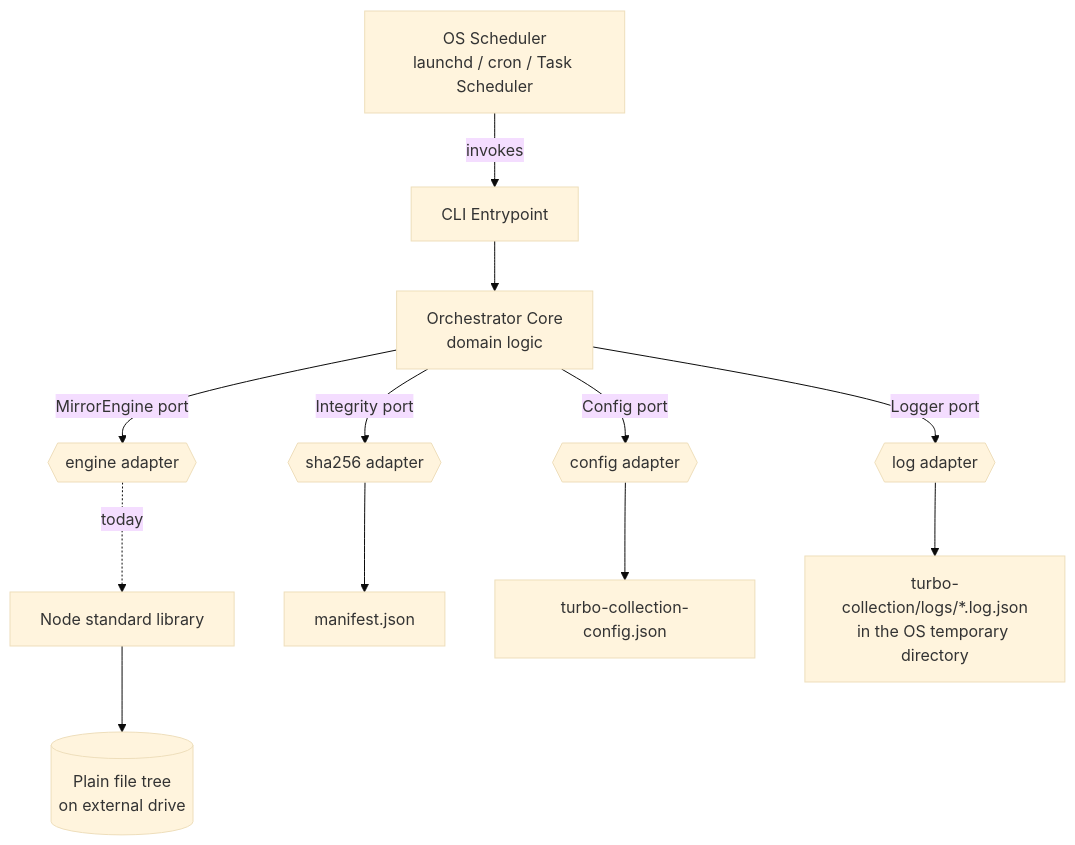
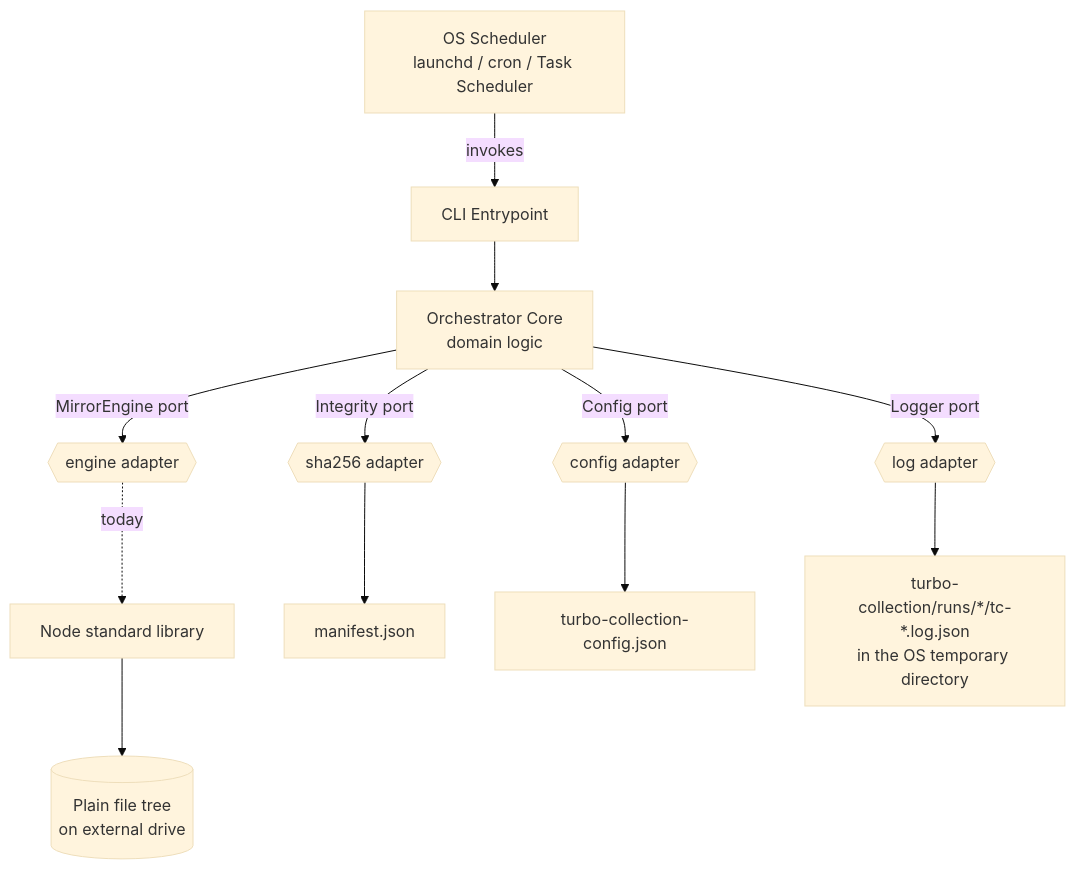
The first of 2 diagrams in docs/design-record.md (NikoAri/turbo-collection), drawn with Mermaid (base theme) before and after one commit. The commit also changed other lines of this file and 20 other files, not shown here.

````diff
--- a/docs/design-record.md
+++ b/docs/design-record.md
@@ -267,17 +267,17 @@
 ```mermaid
 graph TD
     SCHED[OS Scheduler<br/>launchd / cron / Task Scheduler] -->|invokes| CLI[CLI Entrypoint]
     CLI --> CORE[Orchestrator Core<br/>domain logic]
 
     CORE -->|MirrorEngine port| E{{engine adapter}}
     CORE -->|Integrity port| I{{sha256 adapter}}
     CORE -->|Config port| C{{config adapter}}
     CORE -->|Logger port| L{{log adapter}}
 
     E -.today.-> SL[Node standard library]
     I --> MAN[manifest.json]
     C --> CFG[turbo-collection-config.json]
-    L --> LOG[turbo-collection/logs/*.log.json<br/>in the OS temporary directory]
+    L --> LOG[turbo-collection/runs/*/tc-*.log.json<br/>in the OS temporary directory]
 
     SL --> DATA[(Plain file tree<br/>on external drive)]
 ```
````
